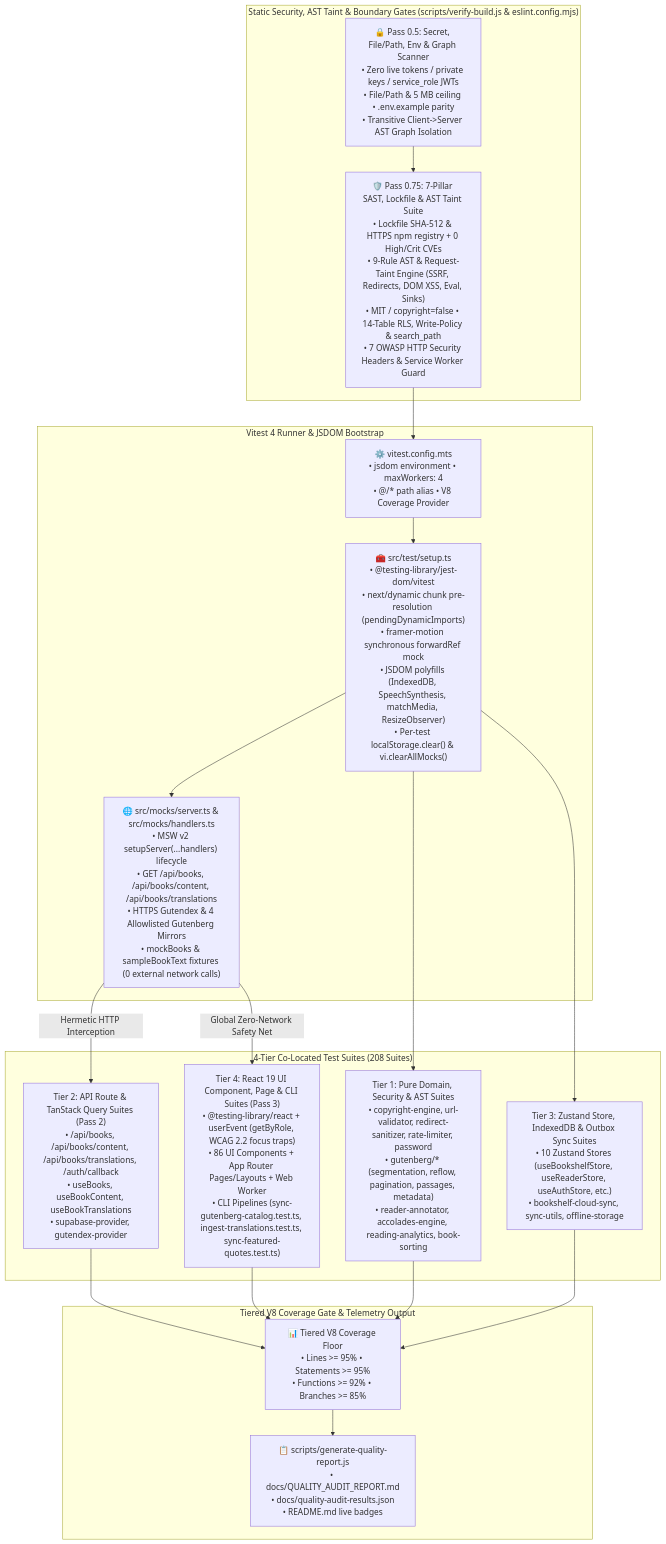
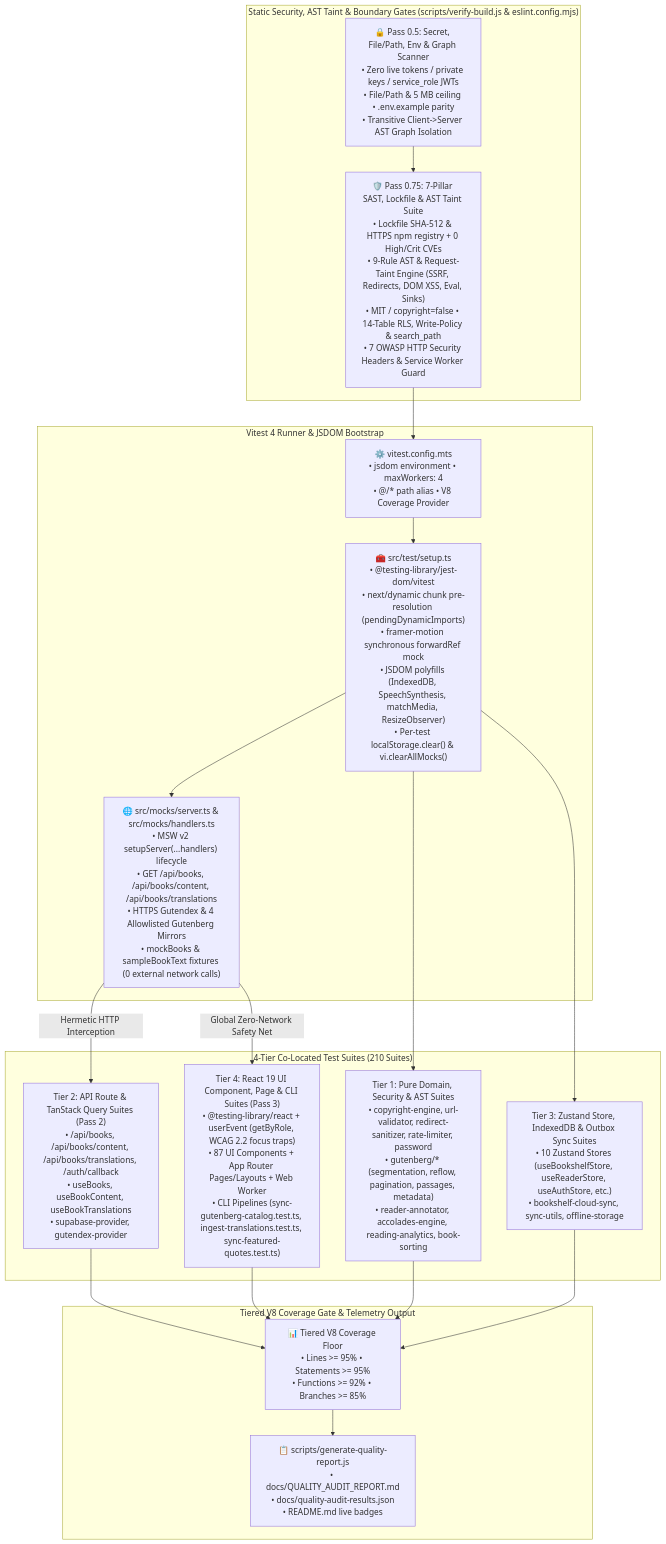
The ninth of 12 diagrams in docs/ARCHITECTURE.md (calin-m/Bookarium), drawn with Mermaid before and after one commit. The commit also changed other lines of this file and 22 other files, not shown here.

````diff
--- a/docs/ARCHITECTURE.md
+++ b/docs/ARCHITECTURE.md
@@ -1100,39 +1103,39 @@
 ```mermaid
 flowchart TD
     subgraph SecurityGates ["Static Security, AST Taint & Boundary Gates (scripts/verify-build.js & eslint.config.mjs)"]
         Pass05["🔒 Pass 0.5: Secret, File/Path, Env & Graph Scanner\n• Zero live tokens / private keys / service_role JWTs\n• File/Path & 5 MB ceiling • .env.example parity\n• Transitive Client->Server AST Graph Isolation"]
         Pass075["🛡️ Pass 0.75: 7-Pillar SAST, Lockfile & AST Taint Suite\n• Lockfile SHA-512 & HTTPS npm registry + 0 High/Crit CVEs\n• 9-Rule AST & Request-Taint Engine (SSRF, Redirects, DOM XSS, Eval, Sinks)\n• MIT / copyright=false • 14-Table RLS, Write-Policy & search_path\n• 7 OWASP HTTP Security Headers & Service Worker Guard"]
     end
 
     subgraph TestRunner ["Vitest 4 Runner & JSDOM Bootstrap"]
         VitestCfg["⚙️ vitest.config.mts\n• jsdom environment • maxWorkers: 4\n• @/* path alias • V8 Coverage Provider"]
         TestSetup["🧰 src/test/setup.ts\n• @testing-library/jest-dom/vitest\n• next/dynamic chunk pre-resolution (pendingDynamicImports)\n• framer-motion synchronous forwardRef mock\n• JSDOM polyfills (IndexedDB, SpeechSynthesis, matchMedia, ResizeObserver)\n• Per-test localStorage.clear() & vi.clearAllMocks()"]
         MSWServer["🌐 src/mocks/server.ts & src/mocks/handlers.ts\n• MSW v2 setupServer(...handlers) lifecycle\n• GET /api/books, /api/books/content, /api/books/translations\n• HTTPS Gutendex & 4 Allowlisted Gutenberg Mirrors\n• mockBooks & sampleBookText fixtures (0 external network calls)"]
     end
 
-    subgraph TestTiers ["4-Tier Co-Located Test Suites (208 Suites)"]
+    subgraph TestTiers ["4-Tier Co-Located Test Suites (210 Suites)"]
         Tier1["Tier 1: Pure Domain, Security & AST Suites\n• copyright-engine, url-validator, redirect-sanitizer, rate-limiter, password\n• gutenberg/* (segmentation, reflow, pagination, passages, metadata)\n• reader-annotator, accolades-engine, reading-analytics, book-sorting"]
         Tier2["Tier 2: API Route & TanStack Query Suites (Pass 2)\n• /api/books, /api/books/content, /api/books/translations, /auth/callback\n• useBooks, useBookContent, useBookTranslations\n• supabase-provider, gutendex-provider"]
         Tier3["Tier 3: Zustand Store, IndexedDB & Outbox Sync Suites\n• 10 Zustand Stores (useBookshelfStore, useReaderStore, useAuthStore, etc.)\n• bookshelf-cloud-sync, sync-utils, offline-storage"]
-        Tier4["Tier 4: React 19 UI Component, Page & CLI Suites (Pass 3)\n• @testing-library/react + userEvent (getByRole, WCAG 2.2 focus traps)\n• 86 UI Components + App Router Pages/Layouts + Web Worker\n• CLI Pipelines (sync-gutenberg-catalog.test.ts, ingest-translations.test.ts, sync-featured-quotes.test.ts)"]
+        Tier4["Tier 4: React 19 UI Component, Page & CLI Suites (Pass 3)\n• @testing-library/react + userEvent (getByRole, WCAG 2.2 focus traps)\n• 87 UI Components + App Router Pages/Layouts + Web Worker\n• CLI Pipelines (sync-gutenberg-catalog.test.ts, ingest-translations.test.ts, sync-featured-quotes.test.ts)"]
     end
 
     subgraph CoverageGate ["Tiered V8 Coverage Gate & Telemetry Output"]
         V8Thresholds["📊 Tiered V8 Coverage Floor\n• Lines >= 95% • Statements >= 95%\n• Functions >= 92% • Branches >= 85%"]
         QualityReport["📋 scripts/generate-quality-report.js\n• docs/QUALITY_AUDIT_REPORT.md\n• docs/quality-audit-results.json\n• README.md live badges"]
     end
 
     Pass05 --> Pass075
     Pass075 --> VitestCfg
     VitestCfg --> TestSetup
     TestSetup --> MSWServer
     TestSetup --> Tier1
     MSWServer -->|"Hermetic HTTP Interception"| Tier2
     TestSetup --> Tier3
     MSWServer -->|"Global Zero-Network Safety Net"| Tier4
     Tier1 --> V8Thresholds
     Tier2 --> V8Thresholds
     Tier3 --> V8Thresholds
     Tier4 --> V8Thresholds
     V8Thresholds --> QualityReport
 ```
````
